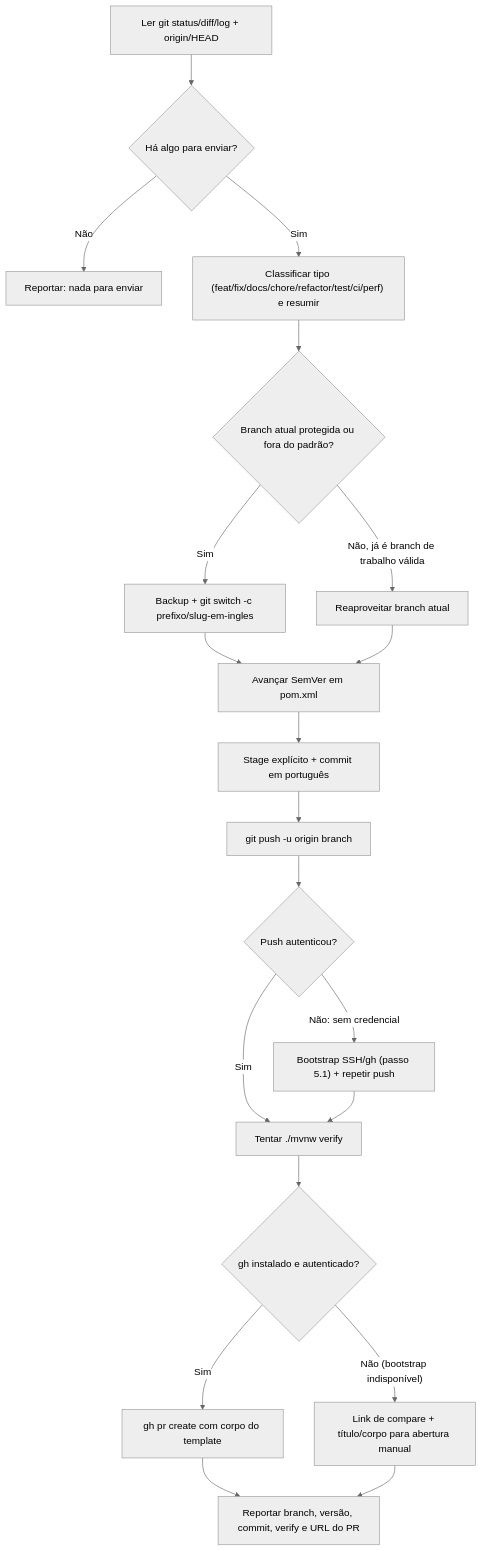
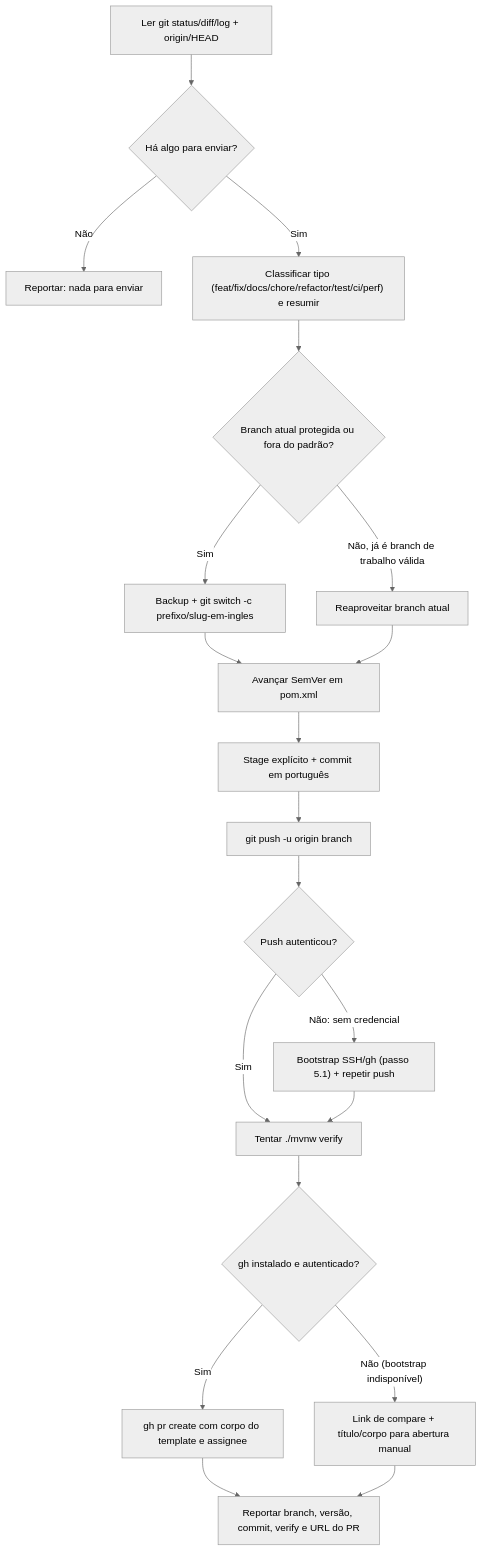
The diagram in .cursor/skills/ship-implementation/SKILL.md (sajitar/sajitar-backend), drawn with Mermaid (neutral theme) before and after one commit. The commit also changed other lines of this file and 7 other files, not shown here.

````diff
--- a/.cursor/skills/ship-implementation/SKILL.md
+++ b/.cursor/skills/ship-implementation/SKILL.md
@@ -22,22 +23,22 @@
 ```mermaid
 flowchart TD
     read["Ler git status/diff/log + origin/HEAD"] --> nothing{"Há algo para enviar?"}
     nothing -->|"Não"| stop["Reportar: nada para enviar"]
     nothing -->|"Sim"| classify["Classificar tipo (feat/fix/docs/chore/refactor/test/ci/perf) e resumir"]
     classify --> protectedCheck{"Branch atual protegida ou fora do padrão?"}
     protectedCheck -->|"Sim"| newBranch["Backup + git switch -c prefixo/slug-em-ingles"]
     protectedCheck -->|"Não, já é branch de trabalho válida"| reuse["Reaproveitar branch atual"]
     newBranch --> bump["Avançar SemVer em pom.xml"]
     reuse --> bump
     bump --> commit["Stage explícito + commit em português"]
     commit --> push["git push -u origin branch"]
     push --> pushOk{"Push autenticou?"}
     pushOk -->|"Sim"| verify["Tentar ./mvnw verify"]
     pushOk -->|"Não: sem credencial"| bootstrap["Bootstrap SSH/gh (passo 5.1) + repetir push"]
     bootstrap --> verify
     verify --> prAuth{"gh instalado e autenticado?"}
-    prAuth -->|"Sim"| prCreate["gh pr create com corpo do template"]
+    prAuth -->|"Sim"| prCreate["gh pr create com corpo do template e assignee"]
     prAuth -->|"Não (bootstrap indisponível)"| compareLink["Link de compare + título/corpo para abertura manual"]
     prCreate --> report["Reportar branch, versão, commit, verify e URL do PR"]
     compareLink --> report
 ```
````
